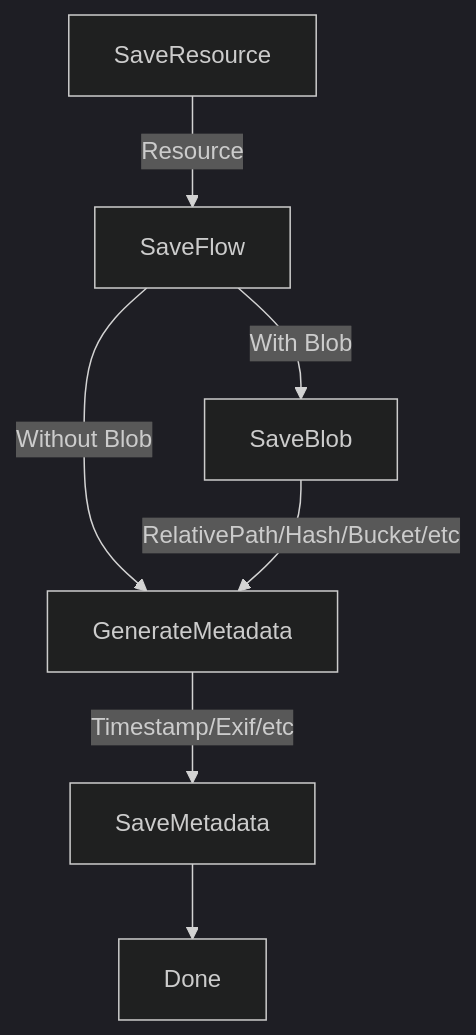
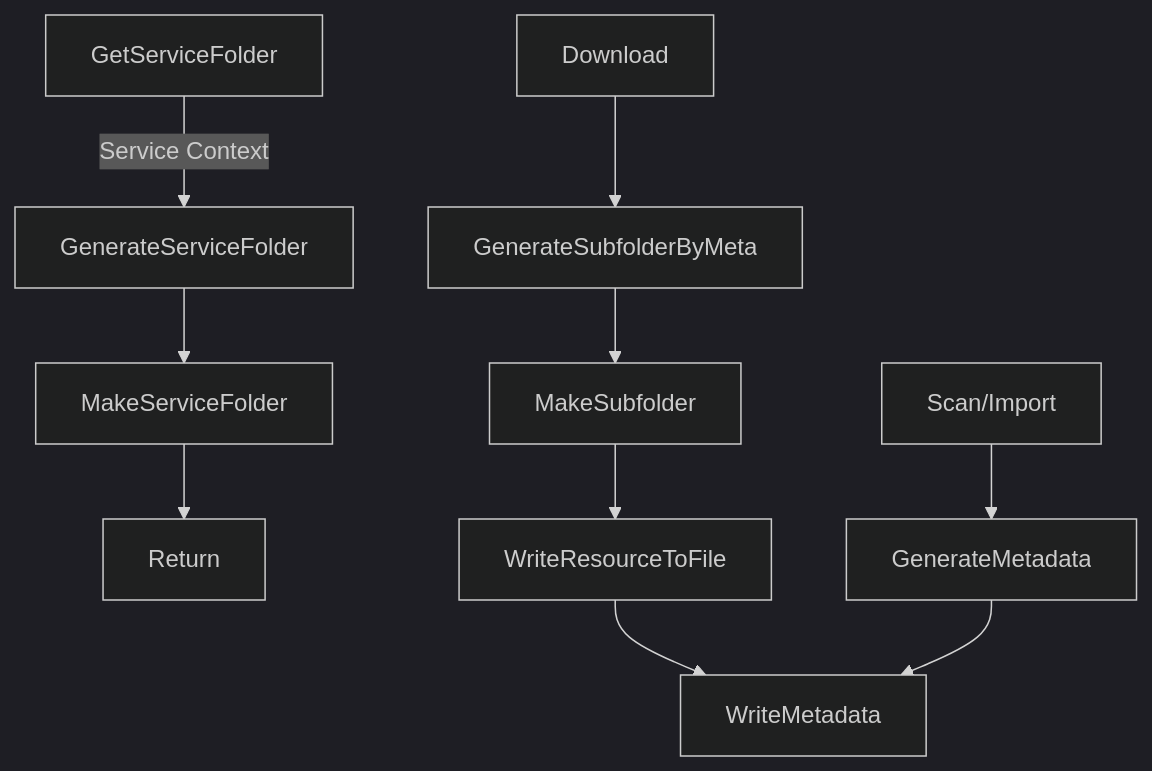
The first of 2 diagrams in Design/Storage Design.md (Sciuromorpha/Documents), drawn with Mermaid (dark theme) before and after one commit. The commit also changed other lines of this file and 1 other file, not shown here.

Commit message:
Modify Storage Service Design.

````diff
--- a/Design/Storage Design.md
+++ b/Design/Storage Design.md
@@ -16,6 +15,6 @@
 ```mermaid
 graph TD
-  SaveResource--Resource-->SaveFlow
-  SaveFlow--Without Blob-->GenerateMetadata--Timestamp/Exif/etc-->SaveMetadata-->Done
-  SaveFlow--With Blob-->SaveBlob--RelativePath/Hash/Bucket/etc-->GenerateMetadata
+  GetServiceFolder--Service Context-->GenerateServiceFolder-->MakeServiceFolder-->Return
+  Download-->GenerateSubfolderByMeta-->MakeSubfolder-->WriteResourceToFile-->WriteMetadata
+  Scan/Import-->GenerateMetadata-->WriteMetadata
 ```
````
